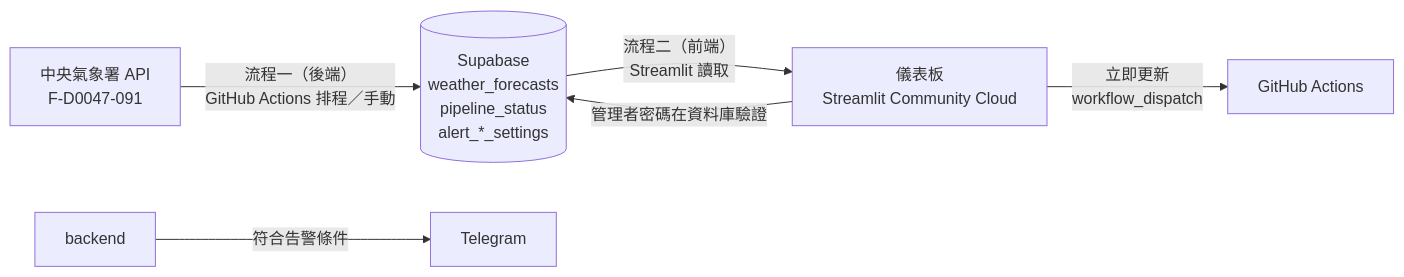
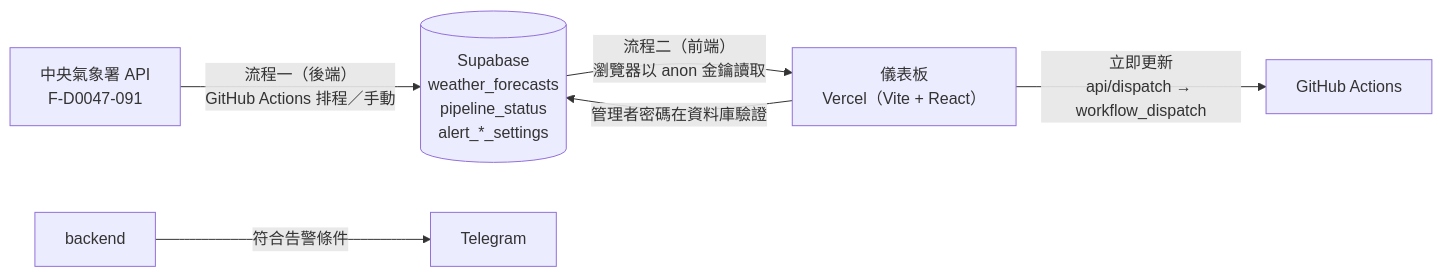
One commit to hobartXIII/tw_forecast changed the first of 3 diagrams in forecast/ARCHITECTURE.md. Above: the diagram before and after it, drawn with Mermaid. The commit also changed other lines of this file and 50 other files, not shown here.

Commit message:
Vercel 前端階段 7：切換正式入口為 Vercel，刪除 main 上的 Streamlit 前端並更新文件（SPEC v2.0.0）

````diff
--- a/forecast/ARCHITECTURE.md
+++ b/forecast/ARCHITECTURE.md
@@ -11,8 +11,8 @@
 ```mermaid
 flowchart LR
     CWA["中央氣象署 API<br/>F-D0047-091"] -->|"流程一（後端）<br/>GitHub Actions 排程／手動"| DB[("Supabase<br/>weather_forecasts<br/>pipeline_status<br/>alert_*_settings")]
-    DB -->|"流程二（前端）<br/>Streamlit 讀取"| UI["儀表板<br/>Streamlit Community Cloud"]
+    DB -->|"流程二（前端）<br/>瀏覽器以 anon 金鑰讀取"| UI["儀表板<br/>Vercel（Vite + React）"]
     BE["backend"] -->|"符合告警條件"| TG["Telegram"]
-    UI -->|"立即更新<br/>workflow_dispatch"| GH["GitHub Actions"]
+    UI -->|"立即更新<br/>api/dispatch → workflow_dispatch"| GH["GitHub Actions"]
     UI -->|"管理者密碼在資料庫驗證"| DB
 ```
````
